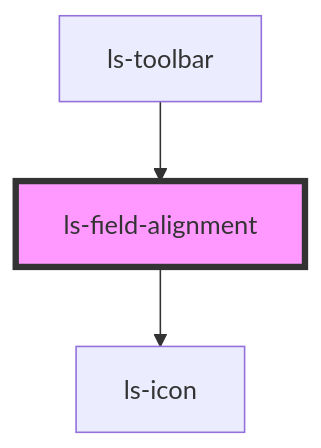
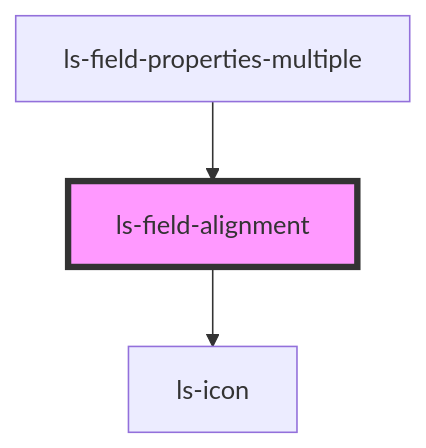
One commit to legalesign/ls-document-viewer changed the diagram in src/components/ls-field-alignment/readme.md. Above: the diagram before and after it, drawn with Mermaid. The commit also changed other lines of this file and 21 other files, not shown here.

````diff
--- a/src/components/ls-field-alignment/readme.md
+++ b/src/components/ls-field-alignment/readme.md
@@ -34,6 +34,6 @@
 ```mermaid
 graph TD;
   ls-field-alignment --> ls-icon
-  ls-toolbar --> ls-field-alignment
+  ls-field-properties-multiple --> ls-field-alignment
   style ls-field-alignment fill:#f9f,stroke:#333,stroke-width:4px
 ```
````
